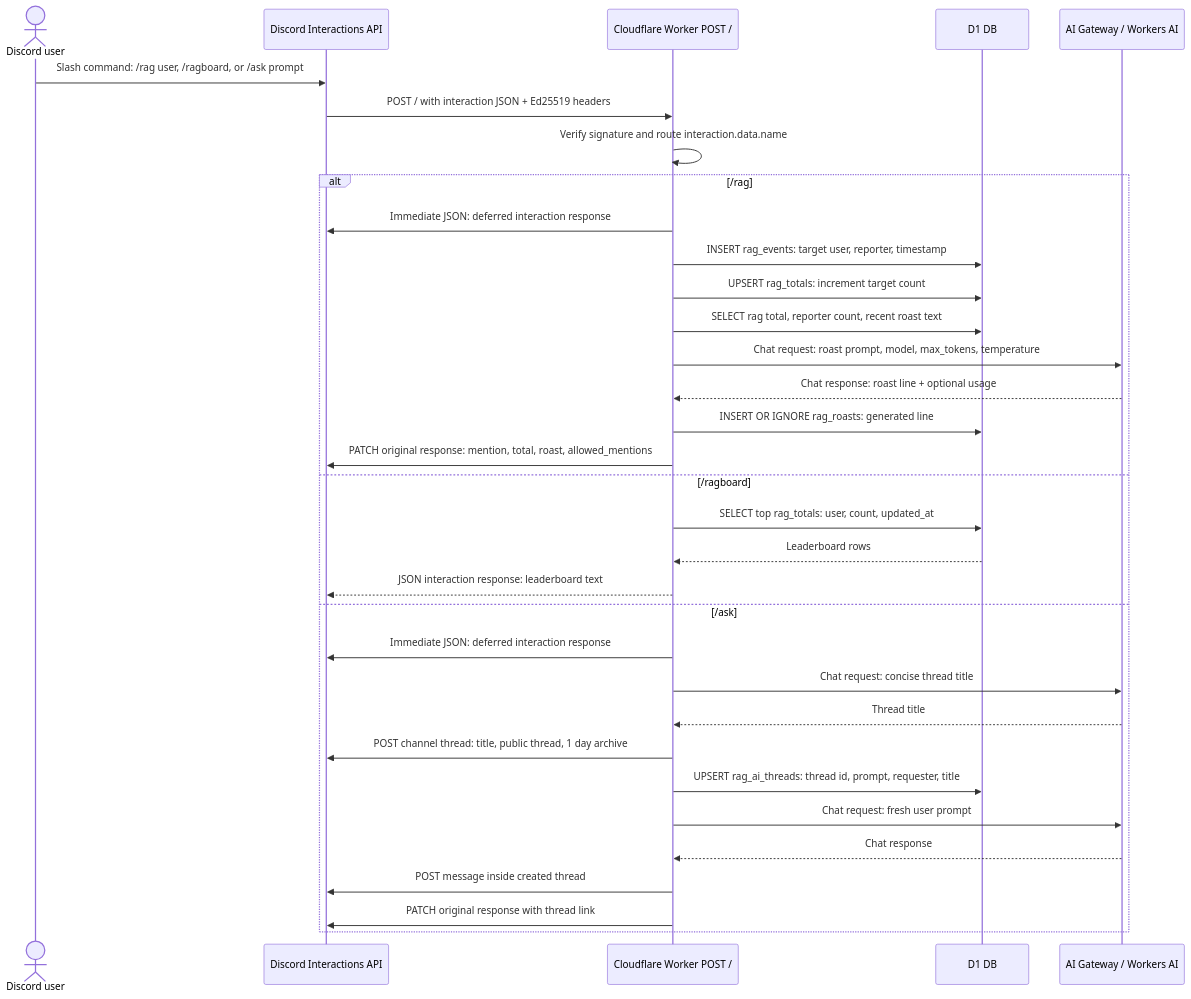
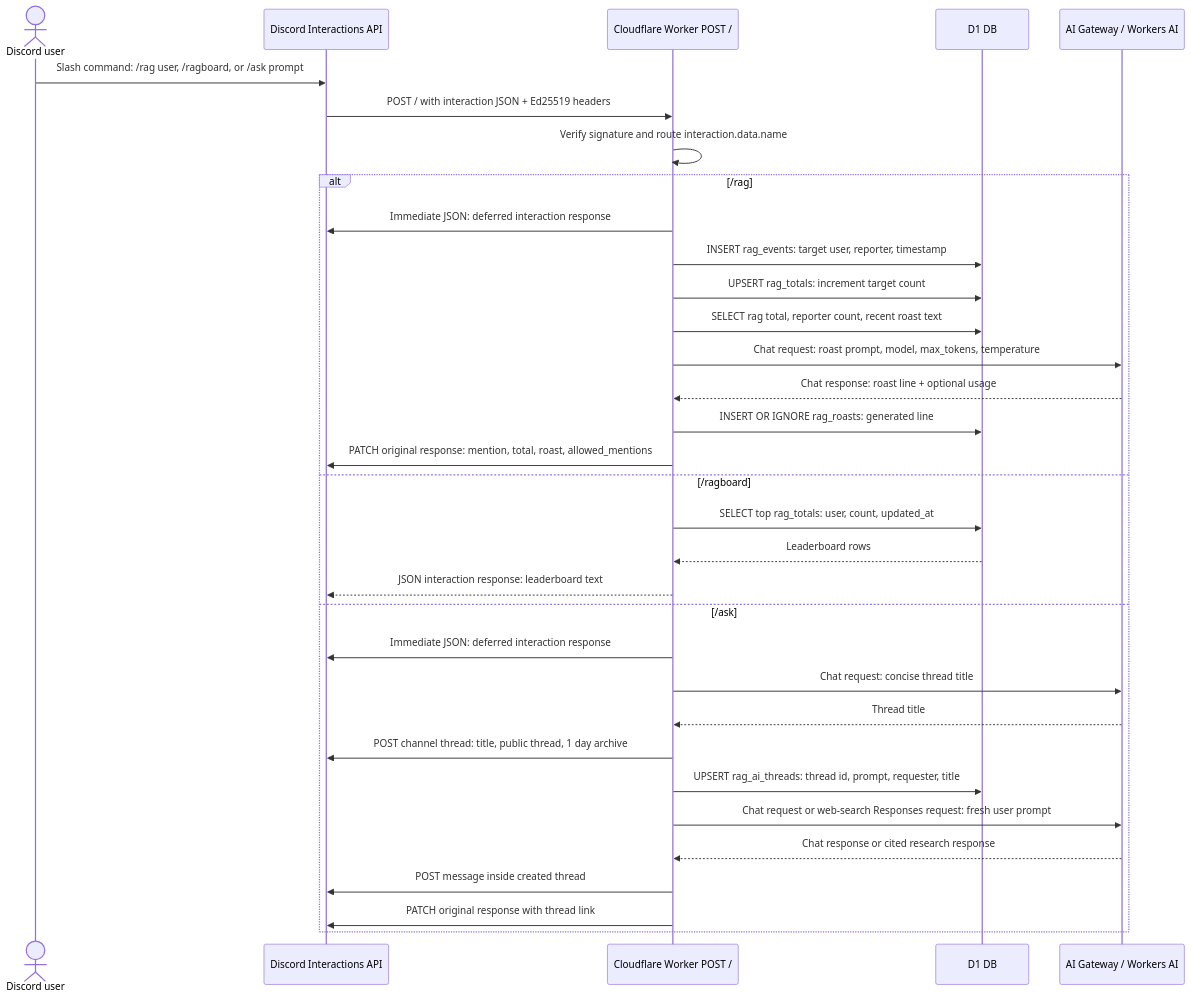
The second of 3 diagrams in README.md (jackm43/rag), drawn with Mermaid before and after one commit. The commit also changed other lines of this file and 8 other files, not shown here.

Commit message:
Add web search mode for ask command

````diff
--- a/README.md
+++ b/README.md
@@ -53,37 +53,37 @@
 ```mermaid
 sequenceDiagram
   actor User as Discord user
   participant Discord as Discord Interactions API
   participant Worker as Cloudflare Worker POST /
   participant DB as D1 DB
   participant AI as AI Gateway / Workers AI
 
   User->>Discord: Slash command: /rag user, /ragboard, or /ask prompt
   Discord->>Worker: POST / with interaction JSON + Ed25519 headers
   Worker->>Worker: Verify signature and route interaction.data.name
 
   alt /rag
     Worker->>Discord: Immediate JSON: deferred interaction response
     Worker->>DB: INSERT rag_events: target user, reporter, timestamp
     Worker->>DB: UPSERT rag_totals: increment target count
     Worker->>DB: SELECT rag total, reporter count, recent roast text
     Worker->>AI: Chat request: roast prompt, model, max_tokens, temperature
     AI-->>Worker: Chat response: roast line + optional usage
     Worker->>DB: INSERT OR IGNORE rag_roasts: generated line
     Worker->>Discord: PATCH original response: mention, total, roast, allowed_mentions
   else /ragboard
     Worker->>DB: SELECT top rag_totals: user, count, updated_at
     DB-->>Worker: Leaderboard rows
     Worker-->>Discord: JSON interaction response: leaderboard text
   else /ask
     Worker->>Discord: Immediate JSON: deferred interaction response
     Worker->>AI: Chat request: concise thread title
     AI-->>Worker: Thread title
     Worker->>Discord: POST channel thread: title, public thread, 1 day archive
     Worker->>DB: UPSERT rag_ai_threads: thread id, prompt, requester, title
-    Worker->>AI: Chat request: fresh user prompt
-    AI-->>Worker: Chat response
+    Worker->>AI: Chat request or web-search Responses request: fresh user prompt
+    AI-->>Worker: Chat response or cited research response
     Worker->>Discord: POST message inside created thread
     Worker->>Discord: PATCH original response with thread link
   end
 ```
````
